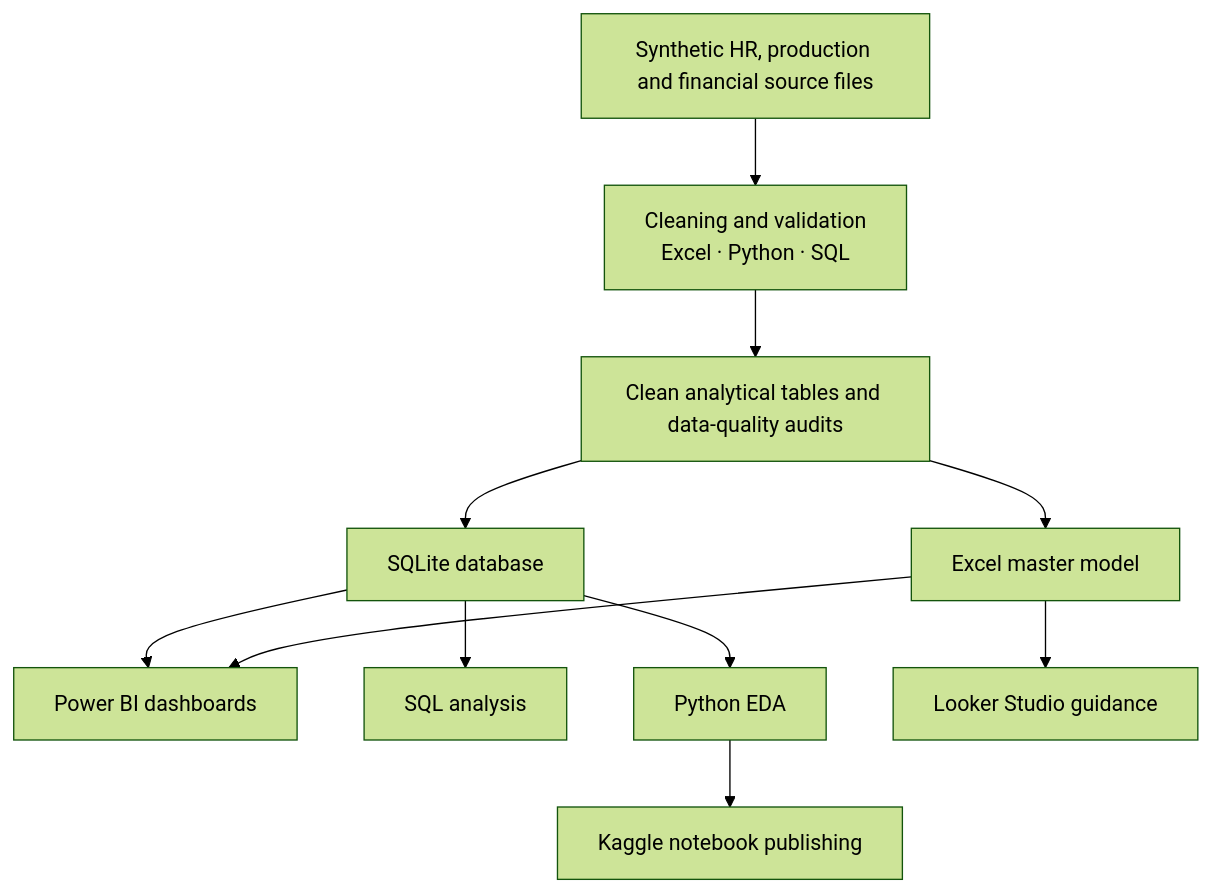
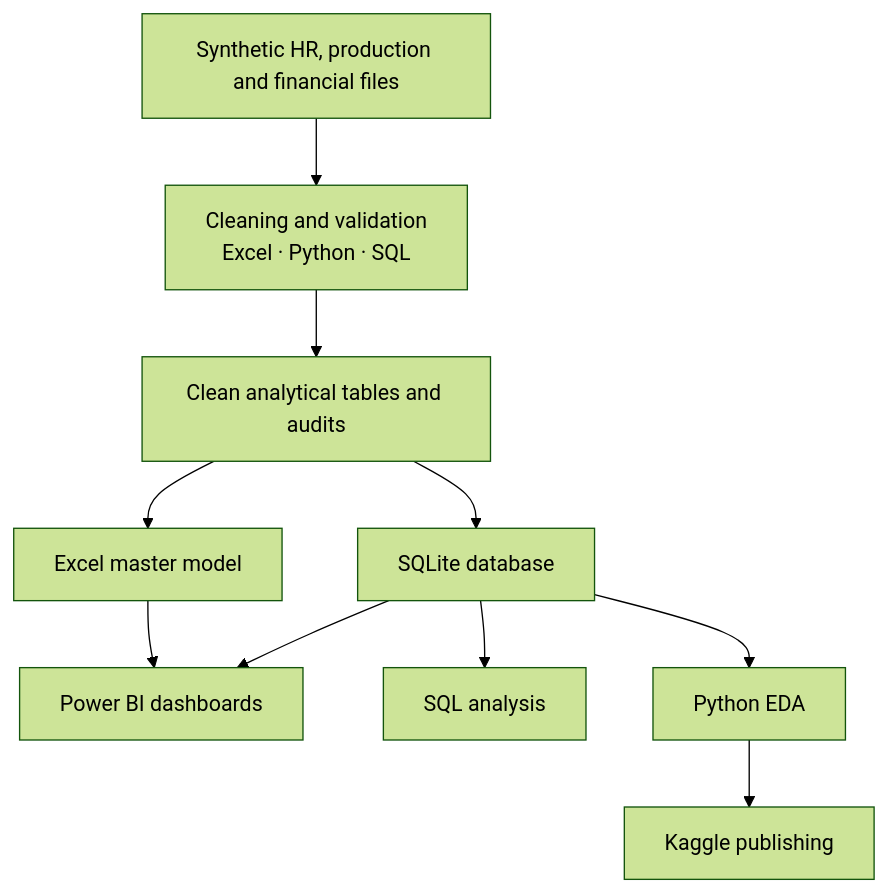
Before and after one commit to samusa099/sabia-hrbp: the first of 2 diagrams in README.md, drawn with Mermaid (forest theme). The commit also changed other lines of this file, not shown here.

````diff
--- a/README.md
+++ b/README.md
@@ -160,23 +92,21 @@
 ```mermaid
 flowchart TB
-    A["Synthetic HR, production and financial source files"]
+    A["Synthetic HR, production and financial files"]
     B["Cleaning and validation<br/>Excel · Python · SQL"]
-    C["Clean analytical tables and data-quality audits"]
+    C["Clean analytical tables and audits"]
     D["SQLite database"]
     E["Excel master model"]
     F["Power BI dashboards"]
     G["SQL analysis"]
     H["Python EDA"]
-    I["Looker Studio guidance"]
-    J["Kaggle notebook publishing"]
+    I["Kaggle publishing"]
 
     A --> B --> C
     C --> D
     C --> E
     D --> F
     D --> G
     D --> H
     E --> F
-    E --> I
-    H --> J
+    H --> I
 ```
````
